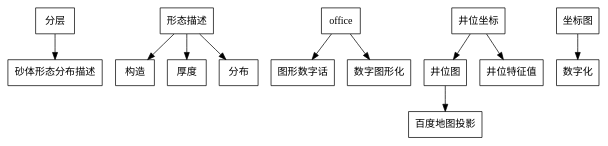
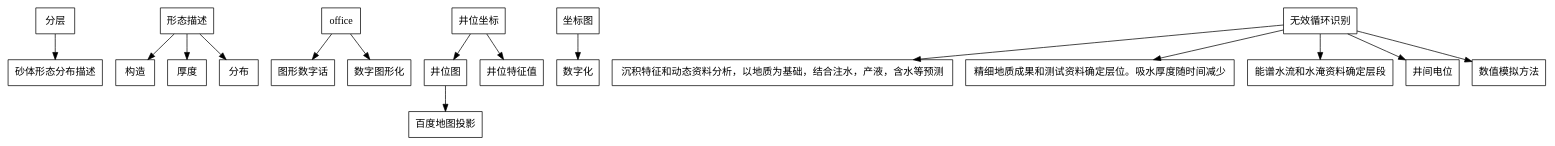
Before and after one commit to xuleoBJ/eol2017: the diagram in 流程图/开发思维导图.gv, drawn with Graphviz.

Commit message:
20171009pm9

```diff
--- a/流程图/开发思维导图.gv
+++ b/流程图/开发思维导图.gv
@@ -1,27 +1,35 @@
 digraph developedGeology
 {
 
 edge [fontname="FangSong"];
 
 node [shape=box, fontname="Aral" size="20,20"];
 
 {
 	分层->砂体形态分布描述;
 	形态描述->构造;
 	形态描述->厚度;
 	形态描述->分布;
 }
 
 {
     office->图形数字话;
 	office->数字图形化;
 }
 
 {
 
 	井位坐标->井位图->百度地图投影;
 	井位坐标->井位特征值;
 	坐标图->数字化;
 }
+  //无效循环识别
+  {
+     无效循环识别->沉积特征和动态资料分析，以地质为基础，结合注水，产液，含水等预测;
+	 无效循环识别->精细地质成果和测试资料确定层位。吸水厚度随时间减少;
+	 无效循环识别->能谱水流和水淹资料确定层段;
+	 无效循环识别->井间电位;
+	 无效循环识别->数值模拟方法;
   
+  }
 }
```
